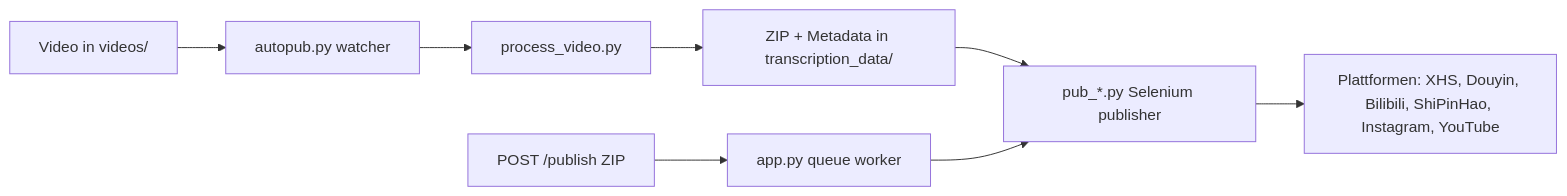
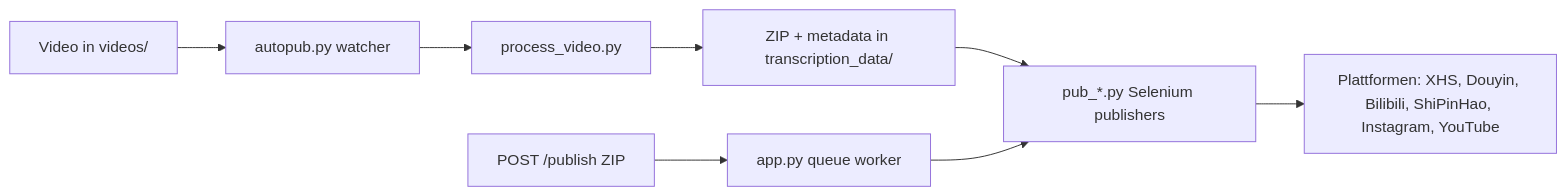
One commit to lachlanchen/AutoPublish changed the diagram in i18n/README.de.md. Above: the diagram before and after it, drawn with Mermaid. The commit also changed other lines of this file and 10 other files, not shown here.

````diff
--- a/i18n/README.de.md
+++ b/i18n/README.de.md
@@ -172,10 +180,10 @@
 ```mermaid
 flowchart LR
     A[Video in videos/] --> B[autopub.py watcher]
     B --> C[process_video.py]
-    C --> D[ZIP + Metadata in transcription_data/]
-    D --> E[pub_*.py Selenium publisher]
+    C --> D[ZIP + metadata in transcription_data/]
+    D --> E[pub_*.py Selenium publishers]
     F[POST /publish ZIP] --> G[app.py queue worker]
     G --> E
     E --> H[Plattformen: XHS, Douyin, Bilibili, ShiPinHao, Instagram, YouTube]
 ```
````
